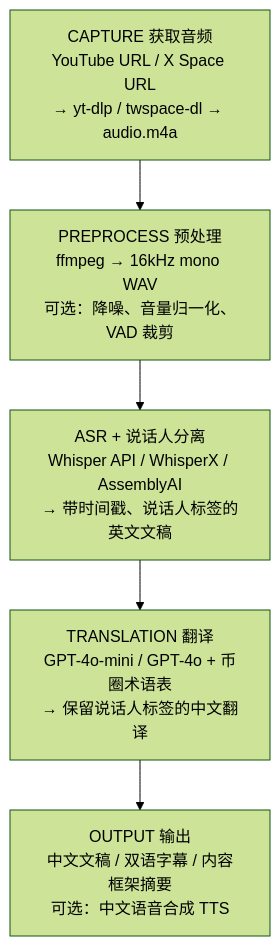
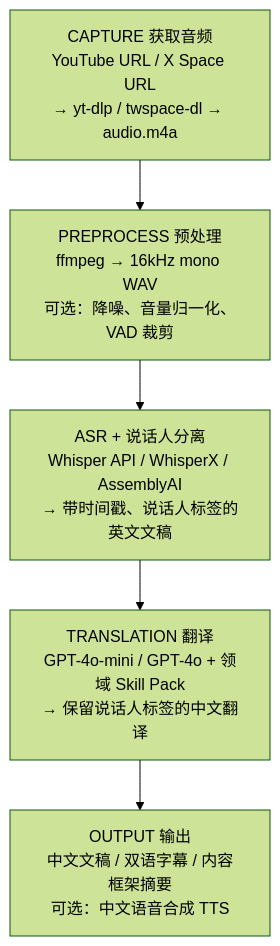
One commit to renlulu/renlulu.github.io changed the first of 4 diagrams in _posts/2026-02-24-yt-xspace-translation-research.md. Above: the diagram before and after it, drawn with Mermaid (forest theme). The commit also changed other lines of this file, not shown here.

Commit message:
Replace crypto-specific wording with generic domain/Skill Pack terminology

````diff
--- a/_posts/2026-02-24-yt-xspace-translation-research.md
+++ b/_posts/2026-02-24-yt-xspace-translation-research.md
@@ -13,7 +13,7 @@
 ```mermaid
 flowchart TD
     A["CAPTURE 获取音频<br/>YouTube URL / X Space URL<br/>→ yt-dlp / twspace-dl → audio.m4a"] --> B["PREPROCESS 预处理<br/>ffmpeg → 16kHz mono WAV<br/>可选：降噪、音量归一化、VAD 裁剪"]
     B --> C["ASR + 说话人分离<br/>Whisper API / WhisperX / AssemblyAI<br/>→ 带时间戳、说话人标签的英文文稿"]
-    C --> D["TRANSLATION 翻译<br/>GPT-4o-mini / GPT-4o + 币圈术语表<br/>→ 保留说话人标签的中文翻译"]
+    C --> D["TRANSLATION 翻译<br/>GPT-4o-mini / GPT-4o + 领域 Skill Pack<br/>→ 保留说话人标签的中文翻译"]
     D --> E["OUTPUT 输出<br/>中文文稿 / 双语字幕 / 内容框架摘要<br/>可选：中文语音合成 TTS"]
 ```
````
